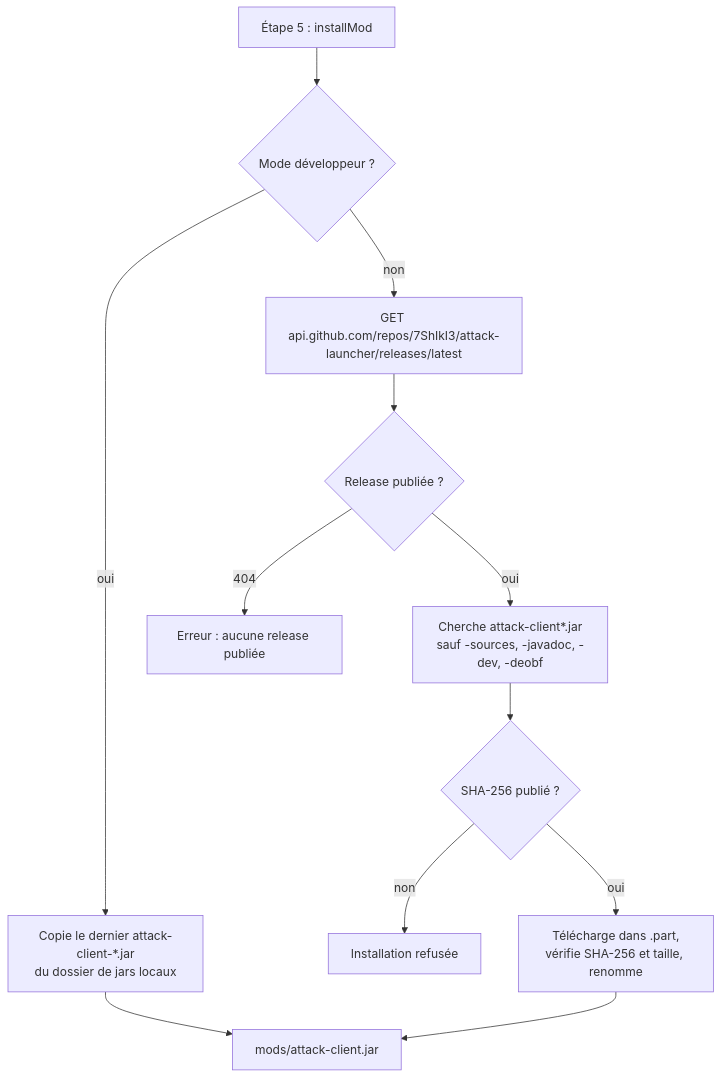
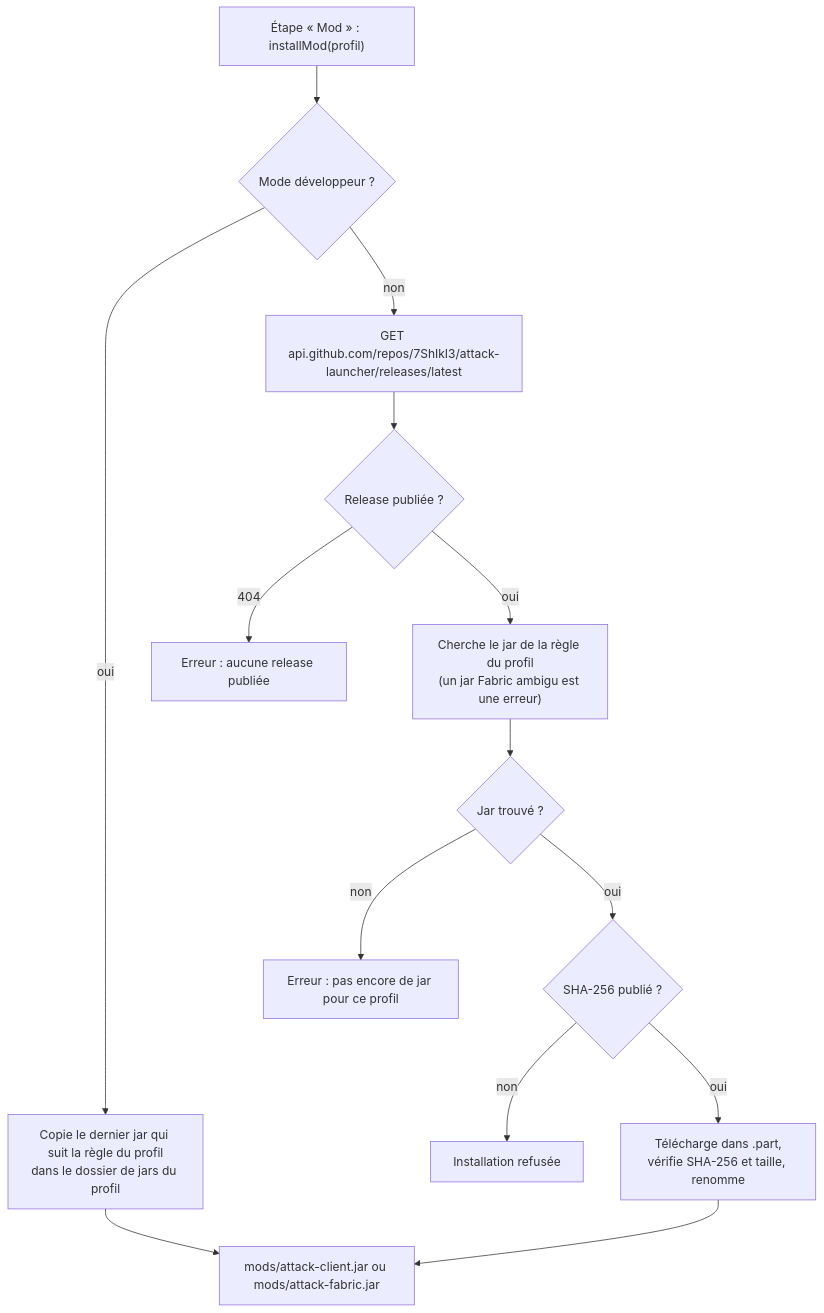
The second of 3 diagrams in docs/wiki/Installation-et-mises-a-jour.md (7ShIkI3/attack-launcher), drawn with Mermaid before and after one commit. The commit also changed other lines of this file and 14 other files, not shown here.

First line of the commit message:
docs: trois profils, pack de mods Fabric, jars de release et captures

````diff
--- a/docs/wiki/Installation-et-mises-a-jour.md
+++ b/docs/wiki/Installation-et-mises-a-jour.md
@@ -99,14 +186,16 @@
 ```mermaid
 flowchart TD
-  A["Étape 5 : installMod"] --> B{"Mode développeur ?"}
-  B -->|oui| C["Copie le dernier attack-client-*.jar<br>du dossier de jars locaux"]
+  A["Étape « Mod » : installMod(profil)"] --> B{"Mode développeur ?"}
+  B -->|oui| C["Copie le dernier jar qui suit la règle du profil<br>dans le dossier de jars du profil"]
   B -->|non| D["GET api.github.com/repos/7ShIkI3/attack-launcher/releases/latest"]
   D --> E{"Release publiée ?"}
   E -->|"404"| X["Erreur : aucune release publiée"]
-  E -->|oui| F["Cherche attack-client*.jar<br>sauf -sources, -javadoc, -dev, -deobf"]
-  F --> G{"SHA-256 publié ?"}
+  E -->|oui| F["Cherche le jar de la règle du profil<br>(un jar Fabric ambigu est une erreur)"]
+  F --> J{"Jar trouvé ?"}
+  J -->|non| W["Erreur : pas encore de jar pour ce profil"]
+  J -->|oui| G{"SHA-256 publié ?"}
   G -->|non| Y["Installation refusée"]
   G -->|oui| H["Télécharge dans .part,<br>vérifie SHA-256 et taille, renomme"]
-  C --> Z["mods/attack-client.jar"]
+  C --> Z["mods/attack-client.jar ou mods/attack-fabric.jar"]
   H --> Z
 ```
````
